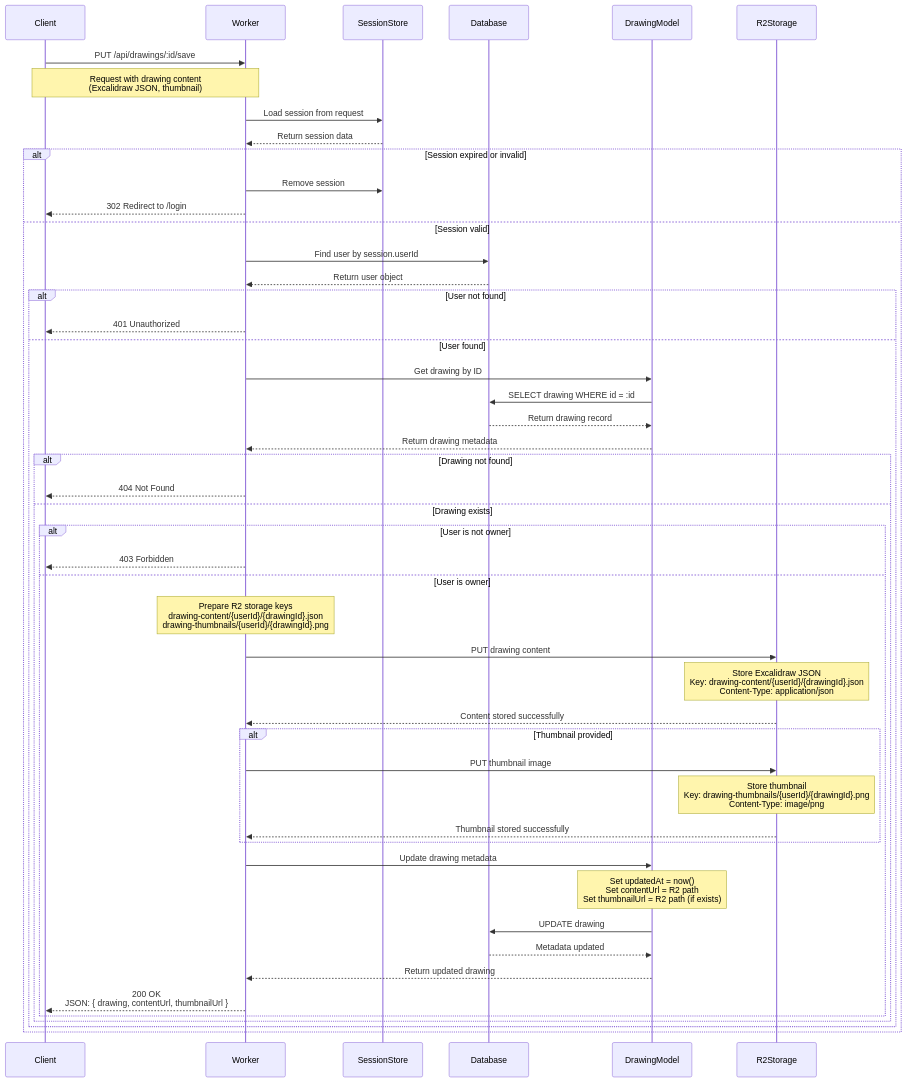
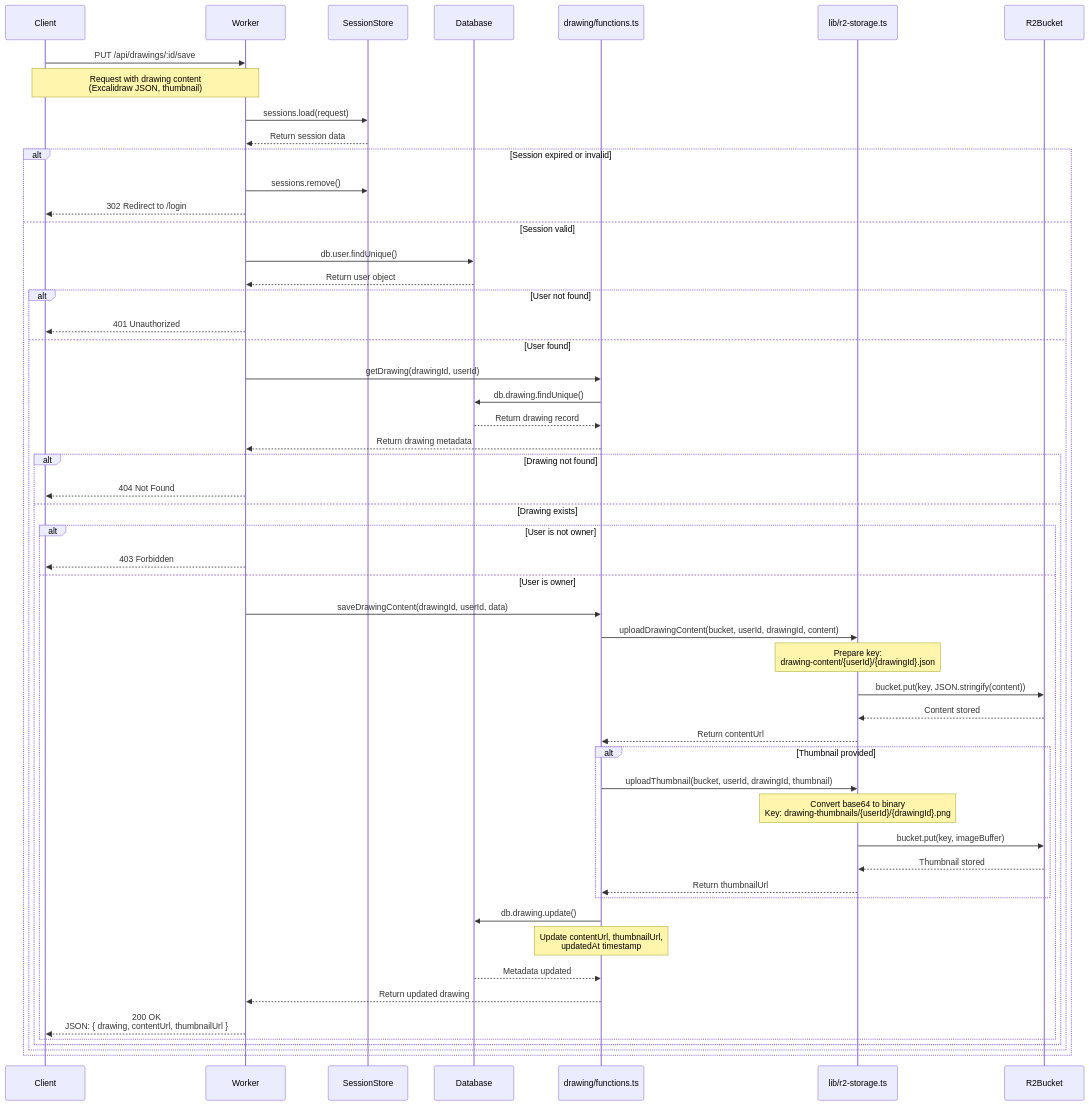
Before and after one commit to pddhkt/excalidraw-redwood-app: the second of 4 diagrams in DRAWING_API_DOCUMENTATION.md, drawn with Mermaid. The commit also changed other lines of this file, not shown here.

Commit message:
Add function names to all sequence diagrams
Update all mermaid sequence diagrams to show specific function calls:

Create Drawing API:
- createDrawing(data) in drawing/functions.ts
- db.drawing.create() for database operations
- sessions.load() and sessions.remove() for auth

Save Drawing API:
- getDrawing(drawingId, userId) to fetch metadata
- saveDrawingContent(drawingId, userId, data) for R2 upload
- uploadDrawingContent() and uploadThumbnail() in r2-storage.ts
- bucket.put() for R2 operations
- db.drawing.update() for metadata updates

List Drawings API:
- getUserDrawings(userId, options) with filters
- db.drawing.findMany() for querying
- db.drawing.count() for total count

This makes it clear which functions handle each step in the workflow.

🤖 Generated with [Claude Code](https://claude.com/claude-code)

````diff
--- a/DRAWING_API_DOCUMENTATION.md
+++ b/DRAWING_API_DOCUMENTATION.md
@@ -139,63 +139,64 @@
 ```mermaid
 sequenceDiagram
     participant Client
     participant Worker
     participant SessionStore
     participant Database
-    participant DrawingModel
-    participant R2Storage
+    participant Functions as drawing/functions.ts
+    participant R2Utils as lib/r2-storage.ts
+    participant R2Bucket
 
     Client->>Worker: PUT /api/drawings/:id/save
     Note over Client,Worker: Request with drawing content<br/>(Excalidraw JSON, thumbnail)
 
-    Worker->>SessionStore: Load session from request
+    Worker->>SessionStore: sessions.load(request)
     SessionStore-->>Worker: Return session data
 
     alt Session expired or invalid
-        Worker->>SessionStore: Remove session
+        Worker->>SessionStore: sessions.remove()
         Worker-->>Client: 302 Redirect to /login
     else Session valid
-        Worker->>Database: Find user by session.userId
+        Worker->>Database: db.user.findUnique()
         Database-->>Worker: Return user object
 
         alt User not found
             Worker-->>Client: 401 Unauthorized
         else User found
-            Worker->>DrawingModel: Get drawing by ID
-            DrawingModel->>Database: SELECT drawing WHERE id = :id
-            Database-->>DrawingModel: Return drawing record
-            DrawingModel-->>Worker: Return drawing metadata
+            Worker->>Functions: getDrawing(drawingId, userId)
+            Functions->>Database: db.drawing.findUnique()
+            Database-->>Functions: Return drawing record
+            Functions-->>Worker: Return drawing metadata
 
             alt Drawing not found
                 Worker-->>Client: 404 Not Found
             else Drawing exists
                 alt User is not owner
                     Worker-->>Client: 403 Forbidden
                 else User is owner
-                    Note over Worker: Prepare R2 storage keys<br/>drawing-content/{userId}/{drawingId}.json<br/>drawing-thumbnails/{userId}/{drawingId}.png
+                    Worker->>Functions: saveDrawingContent(drawingId, userId, data)
 
-                    Worker->>R2Storage: PUT drawing content
-                    Note over R2Storage: Store Excalidraw JSON<br/>Key: drawing-content/{userId}/{drawingId}.json<br/>Content-Type: application/json
-
-                    R2Storage-->>Worker: Content stored successfully
+                    Functions->>R2Utils: uploadDrawingContent(bucket, userId, drawingId, content)
+                    Note over R2Utils: Prepare key:<br/>drawing-content/{userId}/{drawingId}.json
+                    R2Utils->>R2Bucket: bucket.put(key, JSON.stringify(content))
+                    R2Bucket-->>R2Utils: Content stored
+                    R2Utils-->>Functions: Return contentUrl
 
                     alt Thumbnail provided
-                        Worker->>R2Storage: PUT thumbnail image
-                        Note over R2Storage: Store thumbnail<br/>Key: drawing-thumbnails/{userId}/{drawingId}.png<br/>Content-Type: image/png
-
-                        R2Storage-->>Worker: Thumbnail stored successfully
+                        Functions->>R2Utils: uploadThumbnail(bucket, userId, drawingId, thumbnail)
+                        Note over R2Utils: Convert base64 to binary<br/>Key: drawing-thumbnails/{userId}/{drawingId}.png
+                        R2Utils->>R2Bucket: bucket.put(key, imageBuffer)
+                        R2Bucket-->>R2Utils: Thumbnail stored
+                        R2Utils-->>Functions: Return thumbnailUrl
                     end
 
-                    Worker->>DrawingModel: Update drawing metadata
-                    Note over DrawingModel: Set updatedAt = now()<br/>Set contentUrl = R2 path<br/>Set thumbnailUrl = R2 path (if exists)
-
-                    DrawingModel->>Database: UPDATE drawing
-                    Database-->>DrawingModel: Metadata updated
-                    DrawingModel-->>Worker: Return updated drawing
+                    Functions->>Database: db.drawing.update()
+                    Note over Functions: Update contentUrl, thumbnailUrl,<br/>updatedAt timestamp
+                    Database-->>Functions: Metadata updated
+                    Functions-->>Worker: Return updated drawing
 
                     Worker-->>Client: 200 OK<br/>JSON: { drawing, contentUrl, thumbnailUrl }
                 end
             end
         end
     end
 ```
````
